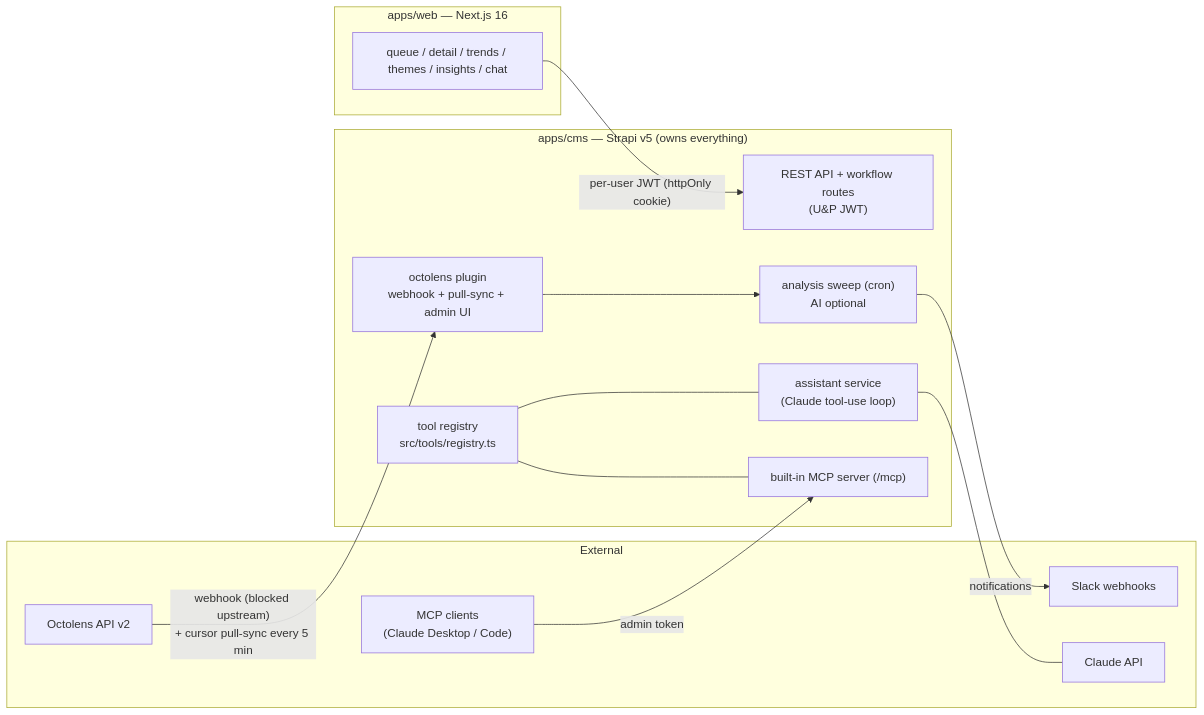
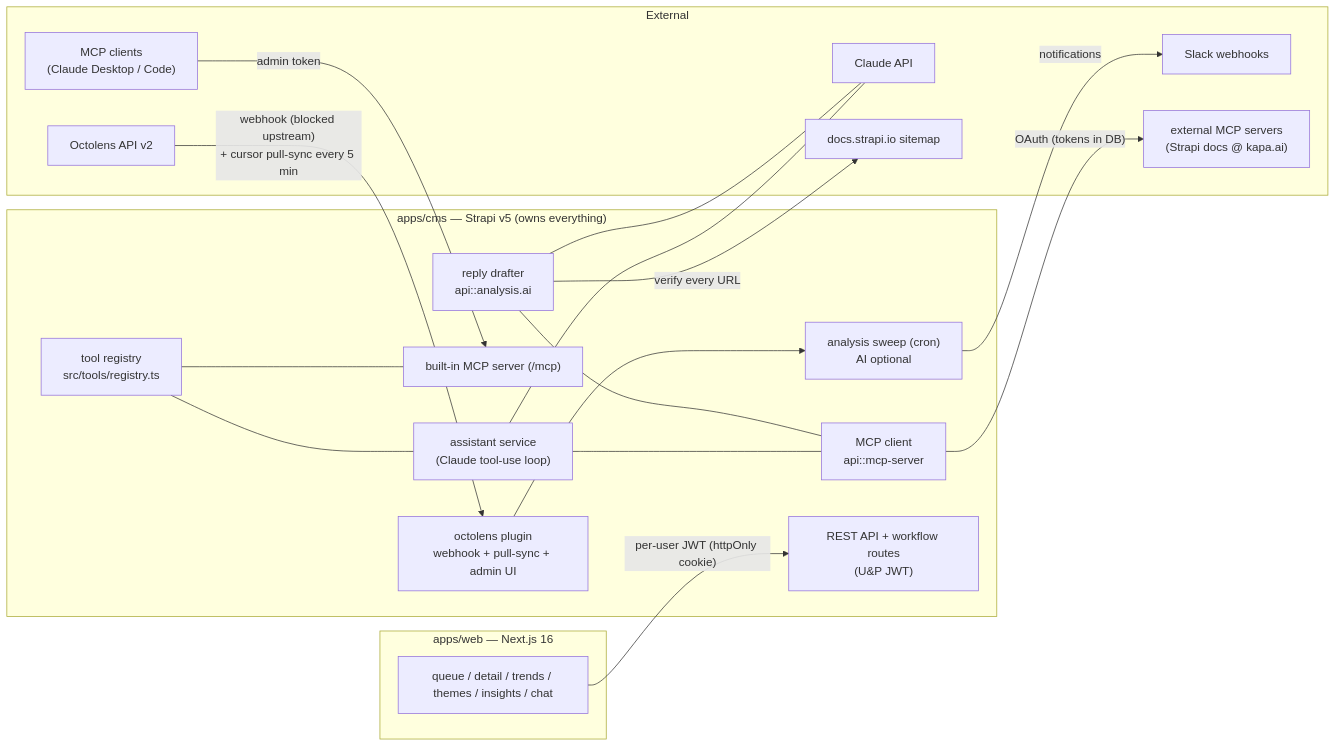
Before and after one commit to PaulBratslavsky/pulse: the first of 2 diagrams in docs/architecture.md, drawn with Mermaid. The commit also changed other lines of this file and 7 other files, not shown here.

````diff
--- a/docs/architecture.md
+++ b/docs/architecture.md
@@ -5,31 +5,40 @@
 ```mermaid
 flowchart LR
   subgraph external [External]
     OCT[Octolens API v2]
     SLACK[Slack webhooks]
     ANTH[Claude API]
     MCPC["MCP clients\n(Claude Desktop / Code)"]
+    MCPS["external MCP servers\n(Strapi docs @ kapa.ai)"]
+    SITE["docs.strapi.io sitemap"]
   end
 
   subgraph cms ["apps/cms — Strapi v5 (owns everything)"]
     PLG["octolens plugin\nwebhook + pull-sync + admin UI"]
     SWEEP["analysis sweep (cron)\nAI optional"]
     REG["tool registry\nsrc/tools/registry.ts"]
     MCP["built-in MCP server (/mcp)"]
     CHAT["assistant service\n(Claude tool-use loop)"]
+    DRAFT["reply drafter\napi::analysis.ai"]
+    MCPX["MCP client\napi::mcp-server"]
     API["REST API + workflow routes\n(U&P JWT)"]
   end
 
   subgraph web ["apps/web — Next.js 16"]
     UI["queue / detail / trends / themes / insights / chat"]
   end
 
   OCT -- "webhook (blocked upstream)\n+ cursor pull-sync every 5 min" --> PLG
   PLG --> SWEEP
   SWEEP -- notifications --> SLACK
   REG --- MCP
   REG --- CHAT
   CHAT --- ANTH
+  DRAFT --- ANTH
+  CHAT --- MCPX
+  DRAFT --- MCPX
+  MCPX -- "OAuth (tokens in DB)" --> MCPS
+  DRAFT -- "verify every URL" --> SITE
   MCPC -- admin token --> MCP
   UI -- "per-user JWT (httpOnly cookie)" --> API
 ```
````
